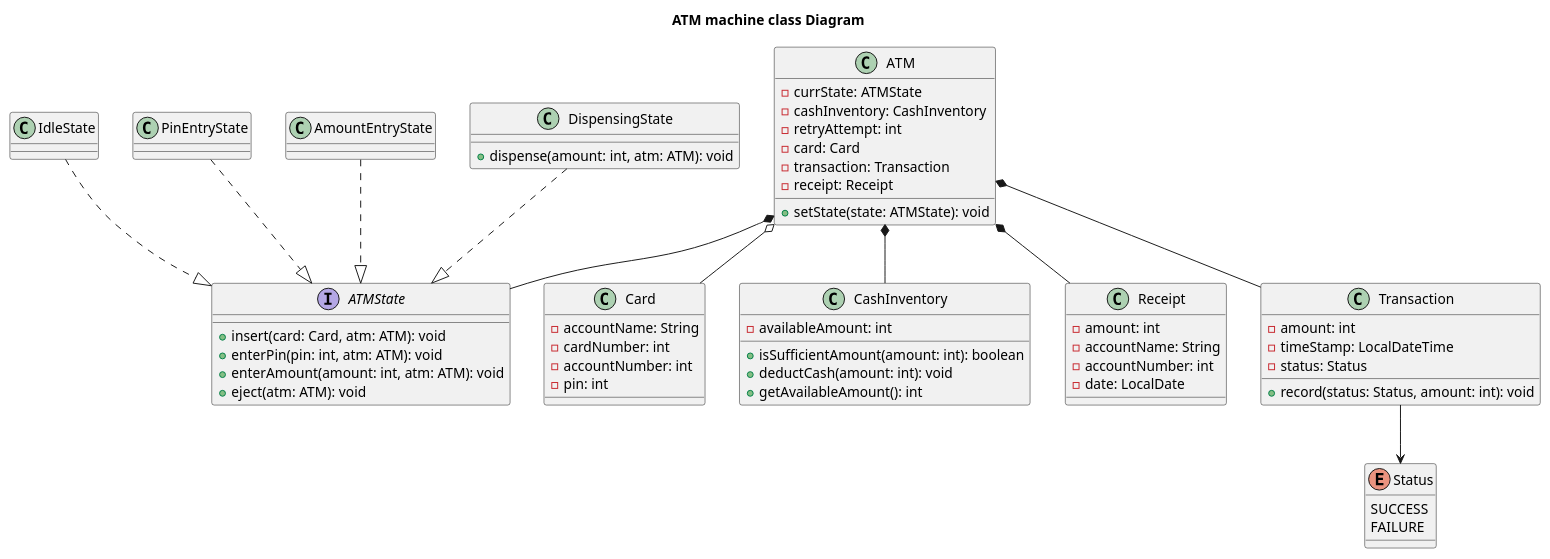
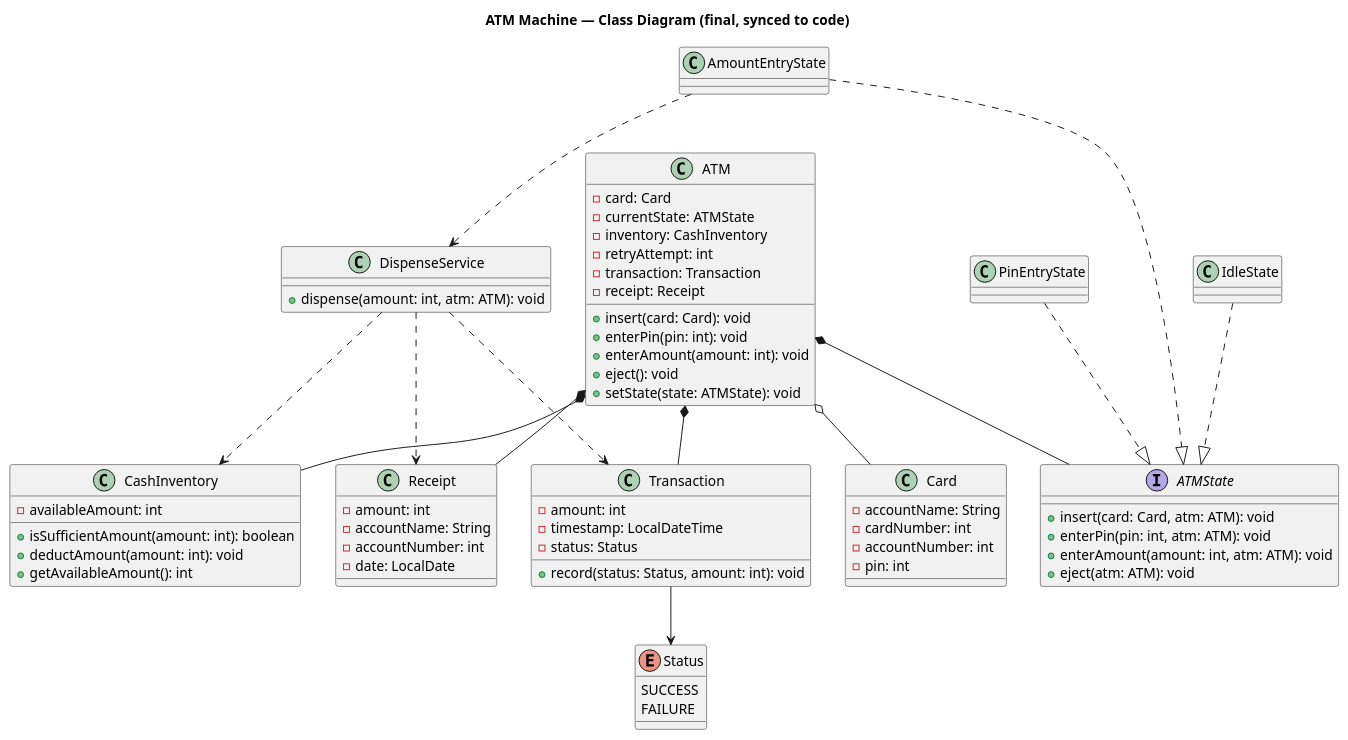
One commit to Anuj-Gupta79/lld-mastery changed the diagram in src/main/java/com/lld/problems/atm/notes/atm-class-diagram.puml. Above: the diagram before and after it, drawn with PlantUML. The commit also changed 19 other files, not shown here.

Commit message:
Problem: ATM machine - state pattern, driver owned retry looped

```diff
--- a/src/main/java/com/lld/problems/atm/notes/atm-class-diagram.puml
+++ b/src/main/java/com/lld/problems/atm/notes/atm-class-diagram.puml
@@ -1,84 +1,88 @@
 @startuml
-title ATM machine class Diagram
+title ATM Machine — Class Diagram (final, synced to code)
 
 class ATM {
-    -currState: ATMState
-    -cashInventory: CashInventory
+    -card: Card
+    -currentState: ATMState
+    -inventory: CashInventory
     -retryAttempt: int
-    -card: Card
     -transaction: Transaction
     -receipt: Receipt
 
+    +insert(card: Card): void
+    +enterPin(pin: int): void
+    +enterAmount(amount: int): void
+    +eject(): void
     +setState(state: ATMState): void
 }
 
 interface ATMState {
     +insert(card: Card, atm: ATM): void
     +enterPin(pin: int, atm: ATM): void
     +enterAmount(amount: int, atm: ATM): void
     +eject(atm: ATM): void
 }
 
-class IdleState{
-
+class IdleState {
 }
 
-class PinEntryState{
-
+class PinEntryState {
 }
 
-class AmountEntryState{
-
+class AmountEntryState {
 }
 
-class DispensingState {
+class DispenseService {
     +dispense(amount: int, atm: ATM): void
 }
 
-class Card{
+class Card {
     -accountName: String
     -cardNumber: int
     -accountNumber: int
     -pin: int
 }
 
-class CashInventory{
+class CashInventory {
     -availableAmount: int
 
     +isSufficientAmount(amount: int): boolean
-    +deductCash(amount: int): void
+    +deductAmount(amount: int): void
     +getAvailableAmount(): int
 }
 
 class Receipt {
     -amount: int
     -accountName: String
     -accountNumber: int
     -date: LocalDate
 }
 
 class Transaction {
     -amount: int
-    -timeStamp: LocalDateTime
+    -timestamp: LocalDateTime
     -status: Status
 
-    +record(status: Status, amount: int): void 
+    +record(status: Status, amount: int): void
 }
 
-enum Status{
+enum Status {
     SUCCESS
     FAILURE
 }
 
 ATM *-- ATMState
 ATM *-- CashInventory
 ATM *-- Receipt
 ATM *-- Transaction
 ATM o-- Card
 IdleState ..|> ATMState
 PinEntryState ..|> ATMState
 AmountEntryState ..|> ATMState
-DispensingState ..|> ATMState
+AmountEntryState ..> DispenseService
+DispenseService ..> CashInventory
+DispenseService ..> Transaction
+DispenseService ..> Receipt
 Transaction --> Status
 
 @enduml
```
